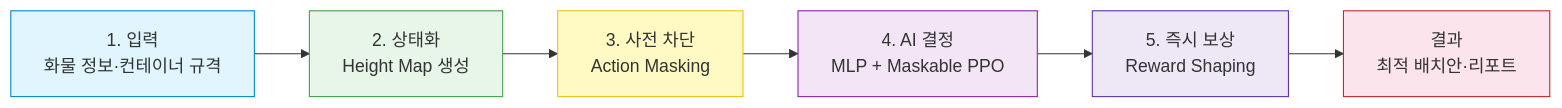
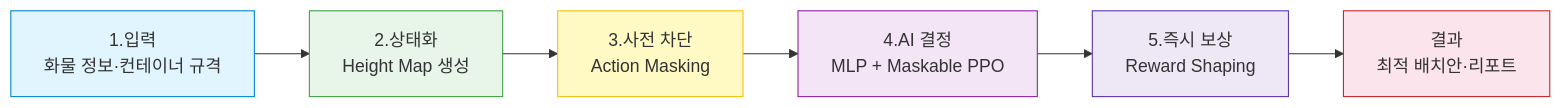
Diagram 17 of 25 in docs/커서chat내용Export/커서Q&A0823a-사장보고서.md (minajwsy/RL-3DbinPacking), drawn with Mermaid before and after one commit. The commit also changed other lines of this file, not shown here.

````diff
--- a/docs/커서chat내용Export/커서Q&A0823a-사장보고서.md
+++ b/docs/커서chat내용Export/커서Q&A0823a-사장보고서.md
@@ -700,15 +700,15 @@
 ```mermaid
 flowchart LR
-    A[1. 입력<br/>화물 정보·컨테이너 규격] --> B[2. 상태화<br/>Height Map 생성]
-    B --> C[3. 사전 차단<br/>Action Masking]
-    C --> D[4. AI 결정<br/>MLP + Maskable PPO]
-    D --> E[5. 즉시 보상<br/>Reward Shaping]
+    A[1.입력<br/>화물 정보·컨테이너 규격] --> B[2.상태화<br/>Height Map 생성]
+    B --> C[3.사전 차단<br/>Action Masking]
+    C --> D[4.AI 결정<br/>MLP + Maskable PPO]
+    D --> E[5.즉시 보상<br/>Reward Shaping]
     E --> F[결과<br/>최적 배치안·리포트]
     
     style A fill:#e1f5fe,stroke:#0288d1
     style B fill:#e8f5e9,stroke:#43a047
     style C fill:#fff9c4,stroke:#f1c40f
     style D fill:#f3e5f5,stroke:#8e24aa
     style E fill:#ede7f6,stroke:#5e35b1
     style F fill:#fce4ec,stroke:#c62828
 ```
````
